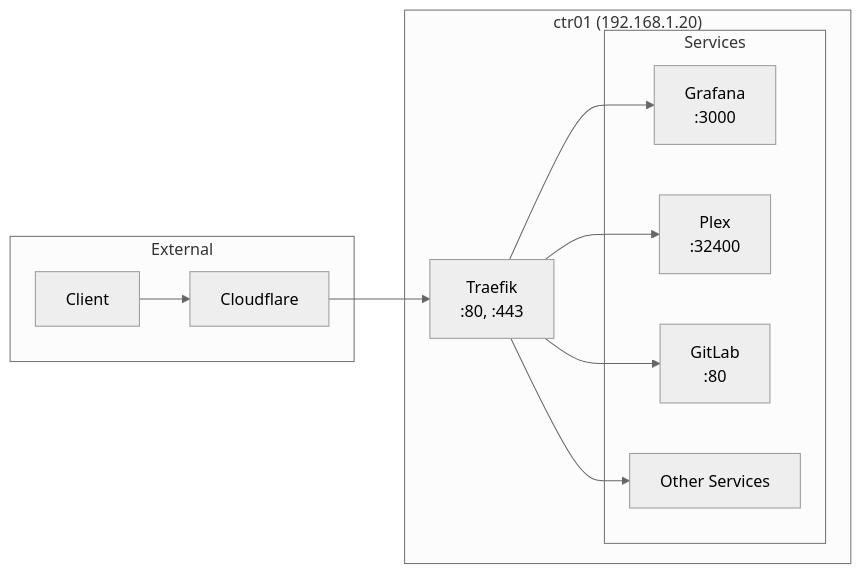
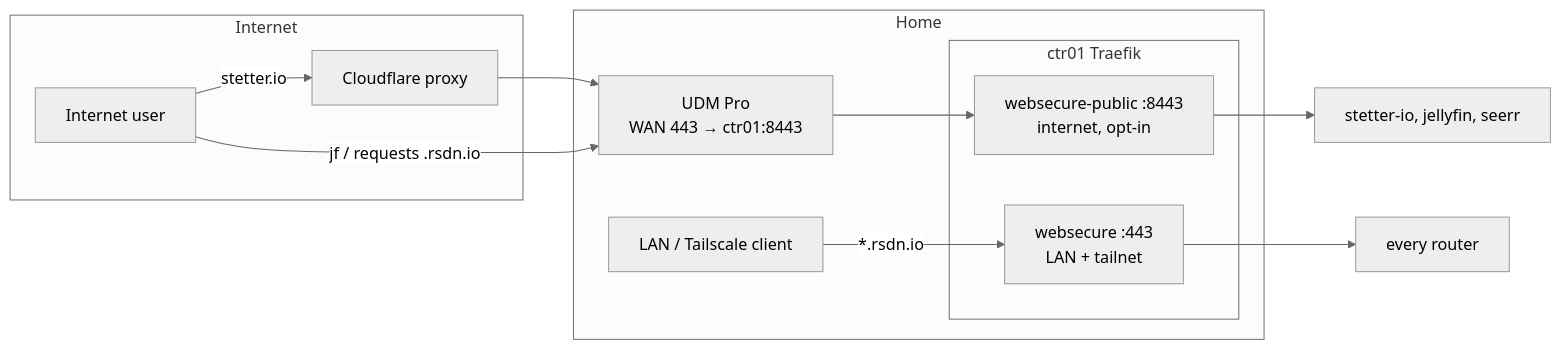
One commit to johnstetter/homelab-docs changed the diagram in docs/architecture/network.md. Above: the diagram before and after it, drawn with Mermaid (neutral theme). The commit also changed other lines of this file and 3 other files, not shown here.

First line of the commit message:
docs(architecture): rewrite for nexus, Mac Studio and Traefik entrypoints

````diff
--- a/docs/architecture/network.md
+++ b/docs/architecture/network.md
@@ -184,24 +62,21 @@
 ```mermaid
 graph LR
-    subgraph External
-        Client[Client]
-        CF[Cloudflare]
+    subgraph Internet
+        U[Internet user]
+        CF[Cloudflare proxy]
     end
-
-    subgraph ctr01["ctr01 (192.168.1.20)"]
-        Traefik[Traefik<br/>:80, :443]
-        subgraph Services
-            Grafana[Grafana<br/>:3000]
-            Plex[Plex<br/>:32400]
-            GitLab[GitLab<br/>:80]
-            Other[Other Services]
+    subgraph Home
+        UDM[UDM Pro<br/>WAN 443 → ctr01:8443]
+        subgraph ctr01["ctr01 Traefik"]
+            WS[websecure :443<br/>LAN + tailnet]
+            WSP[websecure-public :8443<br/>internet, opt-in]
         end
+        LAN[LAN / Tailscale client]
     end
-
-    Client --> CF
-    CF --> Traefik
-    Traefik --> Grafana
-    Traefik --> Plex
-    Traefik --> GitLab
-    Traefik --> Other
+    U -->|stetter.io| CF --> UDM
+    U -->|jf / requests .rsdn.io| UDM
+    UDM --> WSP
+    LAN -->|*.rsdn.io| WS
+    WSP --> PUB[stetter-io, jellyfin, seerr]
+    WS --> ALL[every router]
 ```
````
